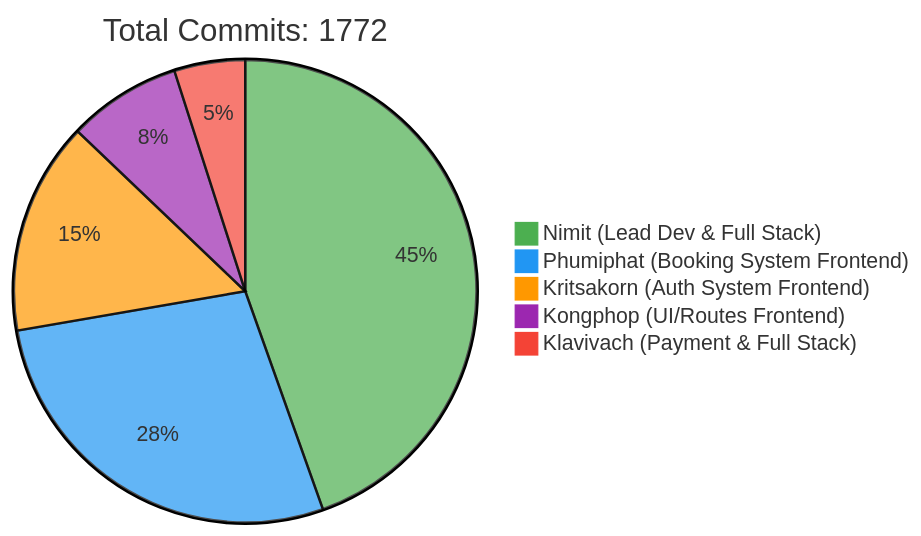
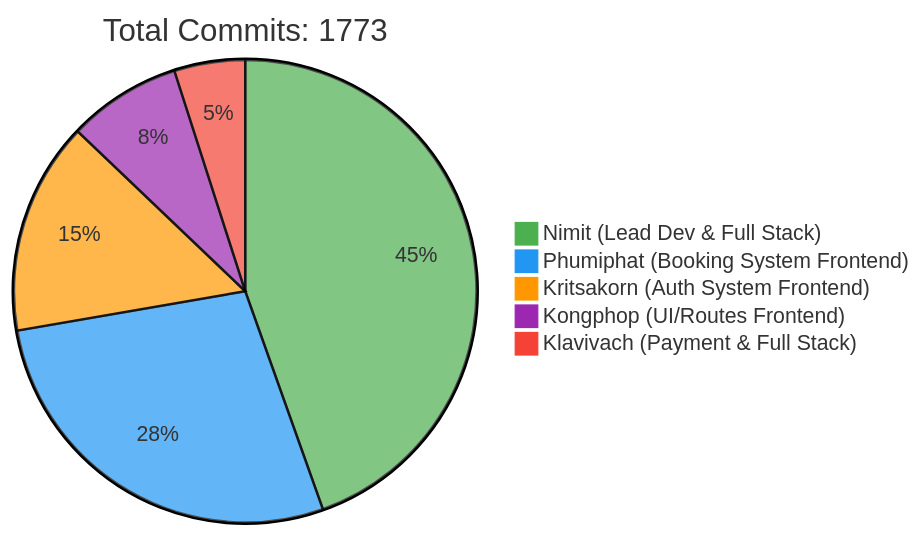
Before and after one commit to 6531503042/Sport-Complex: the first of 2 diagrams in README.md, drawn with Mermaid. The commit also changed other lines of this file, not shown here.

Commit message:
docs: Update contributor statistics [skip ci]

````diff
--- a/README.md
+++ b/README.md
@@ -257,10 +257,10 @@
 ```mermaid
 %%{init: {'theme': 'base', 'themeVariables': { 'pie1': '#4CAF50', 'pie2': '#2196F3', 'pie3': '#FF9800', 'pie4': '#9C27B0', 'pie5': '#F44336'}}}%%
 pie
-    title Total Commits: 1772
+    title Total Commits: 1773
     "Nimit (Lead Dev & Full Stack)" : 450
     "Phumiphat (Booking System Frontend)" : 280
     "Kritsakorn (Auth System Frontend)" : 150
     "Kongphop (UI/Routes Frontend)" : 80
     "Klavivach (Payment & Full Stack)" : 50
 ```
````
